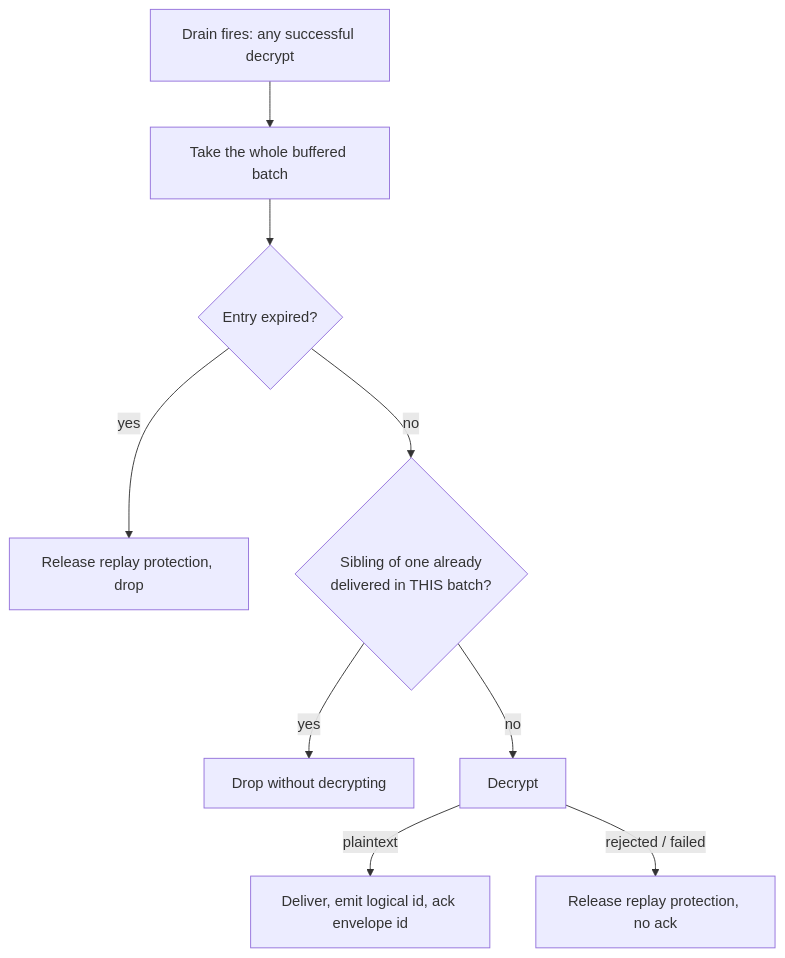
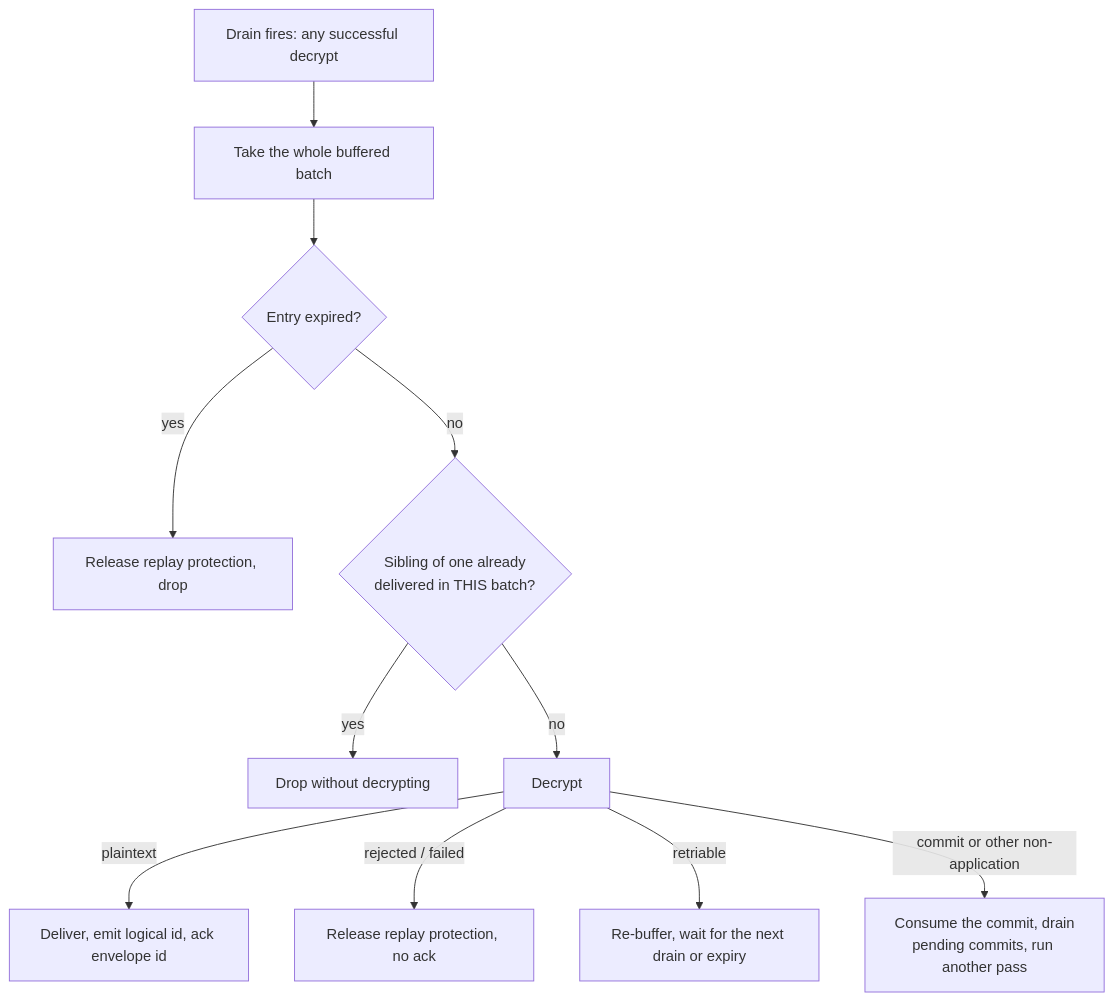
The third of 4 diagrams in docs/state-machines/group-message-lifecycle.md (Offline-Protocol/offline-protocol-sdk), drawn with Mermaid before and after one commit. The commit also changed other lines of this file and 20 other files, not shown here.

````diff
--- a/docs/state-machines/group-message-lifecycle.md
+++ b/docs/state-machines/group-message-lifecycle.md
@@ -136,11 +146,13 @@
 ```mermaid
 flowchart TD
     D[Drain fires: any successful decrypt] --> B[Take the whole buffered batch]
     B --> E{Entry expired?}
     E -->|yes| X[Release replay protection, drop]
     E -->|no| S{Sibling of one already<br/>delivered in THIS batch?}
     S -->|yes| Y[Drop without decrypting]
     S -->|no| C[Decrypt]
     C -->|plaintext| DL[Deliver, emit logical id, ack envelope id]
     C -->|rejected / failed| R[Release replay protection, no ack]
+    C -->|retriable| RB[Re-buffer, wait for the next drain or expiry]
+    C -->|commit or other non-application| NA[Consume the commit, drain<br/>pending commits, run another pass]
 ```
````
